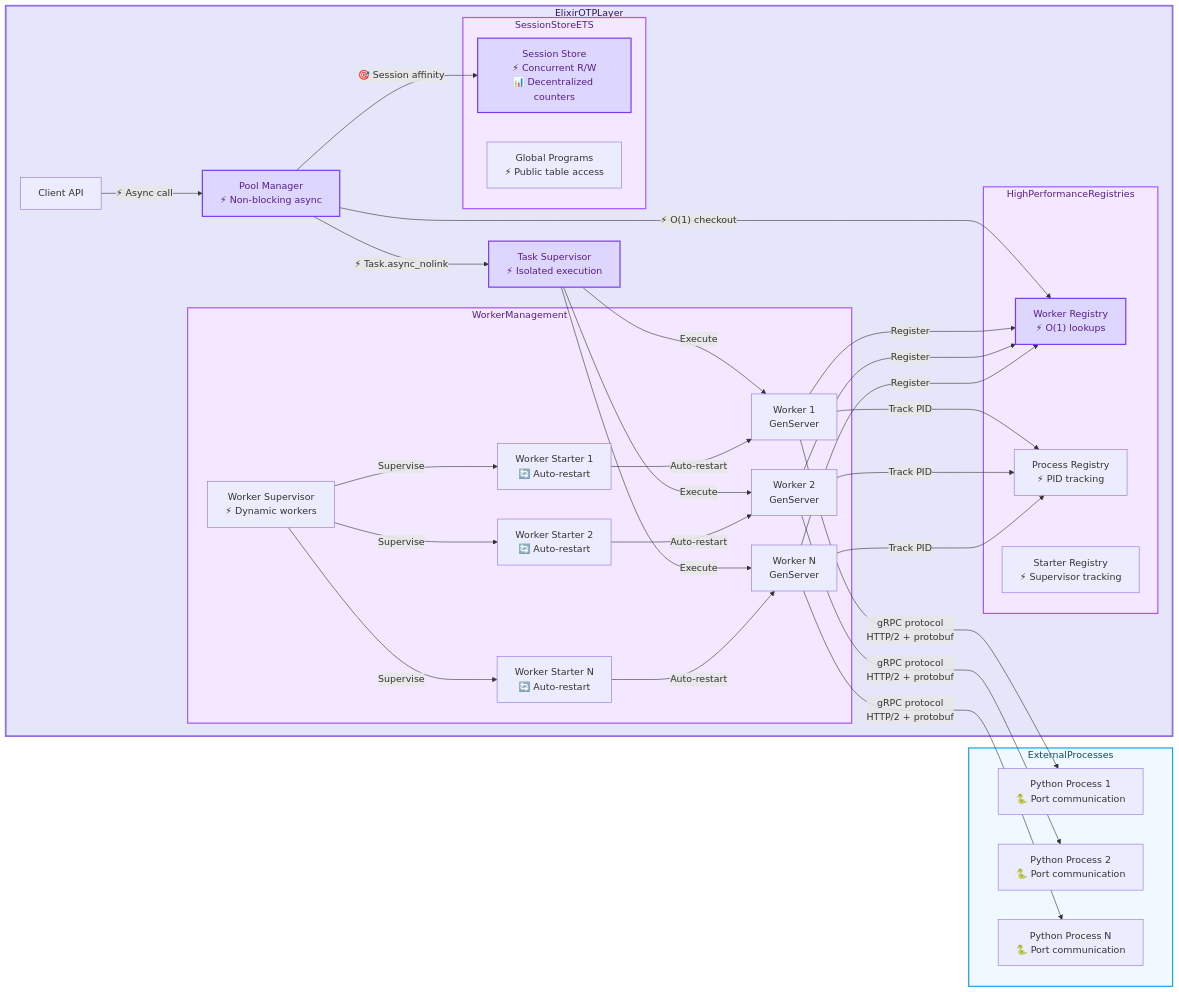
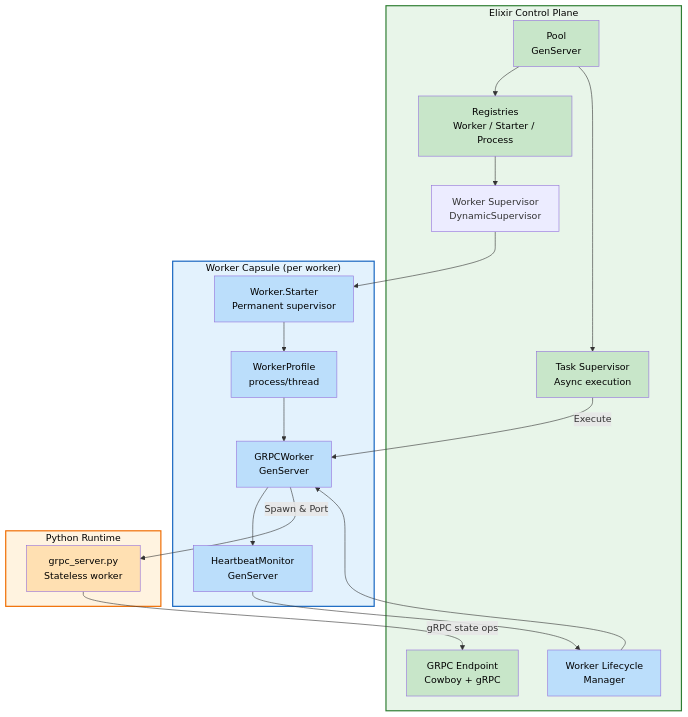
The first of 3 diagrams in DIAGS.md (nshkrdotcom/snakepit), drawn with Mermaid before and after one commit. The commit also changed other lines of this file and 56 other files, not shown here.

````diff
--- a/DIAGS.md
+++ b/DIAGS.md
@@ -17,78 +17,49 @@
 ```mermaid
-graph LR
-    ElixirOTPLayer["Elixir OTP Layer"]
-    subgraph ElixirOTPLayer
-        Client["Client API"]
-        Pool["Pool Manager<br/>⚡ Non-blocking async"]
-        TaskSup["Task Supervisor<br/>⚡ Isolated execution"]
-        
-        WorkerManagement["Worker Management"]
-        subgraph WorkerManagement
-            WorkerSup["Worker Supervisor<br/>⚡ Dynamic workers"]
-            Starter1["Worker Starter 1<br/>🔄 Auto-restart"]
-            Starter2["Worker Starter 2<br/>🔄 Auto-restart"]
-            StarterN["Worker Starter N<br/>🔄 Auto-restart"]
-            Worker1["Worker 1<br/>GenServer"]
-            Worker2["Worker 2<br/>GenServer"]
-            WorkerN["Worker N<br/>GenServer"]
-        end
-        
-        HighPerformanceRegistries["High Performance Registries"]
-        subgraph HighPerformanceRegistries
-            Registry["Worker Registry<br/>⚡ O(1) lookups"]
-            ProcReg["Process Registry<br/>⚡ PID tracking"]
-            StarterReg["Starter Registry<br/>⚡ Supervisor tracking"]
-        end
-        
-        SessionStoreETS["Session Store ETS"]
-        subgraph SessionStoreETS
-            SessionStore["Session Store<br/>⚡ Concurrent R/W<br/>📊 Decentralized counters"]
-            GlobalPrograms["Global Programs<br/>⚡ Public table access"]
-        end
+graph TD
+    subgraph ControlPlane["Elixir Control Plane"]
+        Pool["Pool<br>GenServer"]
+        TaskSup["Task Supervisor<br>Async execution"]
+        Registries["Registries<br>Worker / Starter / Process"]
+        Lifecycle["Worker Lifecycle<br>Manager"]
+        GRPCServer["GRPC Endpoint<br>Cowboy + gRPC"]
+        WorkerSup["Worker Supervisor<br>DynamicSupervisor"]
     end
-    
-    ExternalProcesses["External Processes"]
-    subgraph ExternalProcesses
-        Python1["Python Process 1<br/>🐍 Port communication"]
-        Python2["Python Process 2<br/>🐍 Port communication"]
-        PythonN["Python Process N<br/>🐍 Port communication"]
+
+    subgraph WorkerCapsule["Worker Capsule (per worker)"]
+        Starter["Worker.Starter<br>Permanent supervisor"]
+        Profile["WorkerProfile<br>process/thread"]
+        Worker["GRPCWorker<br>GenServer"]
+        Heartbeat["HeartbeatMonitor<br>GenServer"]
     end
-    
-    Client -->|"⚡ Async call"| Pool
-    Pool -->|"⚡ O(1) checkout"| Registry
-    Pool -->|"🎯 Session affinity"| SessionStore
-    Pool -->|"⚡ Task.async_nolink"| TaskSup
-    TaskSup -->|Execute| Worker1
-    TaskSup -->|Execute| Worker2
-    TaskSup -->|Execute| WorkerN
-    
-    WorkerSup -->|Supervise| Starter1
-    WorkerSup -->|Supervise| Starter2
-    WorkerSup -->|Supervise| StarterN
-    
-    Starter1 -->|Auto-restart| Worker1
-    Starter2 -->|Auto-restart| Worker2
-    StarterN -->|Auto-restart| WorkerN
-    
-    Worker1 -->|gRPC protocol<br/>HTTP/2 + protobuf| Python1
-    Worker2 -->|gRPC protocol<br/>HTTP/2 + protobuf| Python2
-    WorkerN -->|gRPC protocol<br/>HTTP/2 + protobuf| PythonN
-    
-    Worker1 -->|Register| Registry
-    Worker2 -->|Register| Registry
-    WorkerN -->|Register| Registry
-    
-    Worker1 -->|Track PID| ProcReg
-    Worker2 -->|Track PID| ProcReg
-    WorkerN -->|Track PID| ProcReg
-    
-    style ElixirOTPLayer fill:#e6e6fa,stroke:#9370db,stroke-width:3px,color:#2e1065
-    style WorkerManagement fill:#f3e8ff,stroke:#a855f7,stroke-width:2px,color:#581c87
-    style HighPerformanceRegistries fill:#f3e8ff,stroke:#a855f7,stroke-width:2px,color:#581c87
-    style SessionStoreETS fill:#f3e8ff,stroke:#a855f7,stroke-width:2px,color:#581c87
-    style ExternalProcesses fill:#f0f9ff,stroke:#0ea5e9,stroke-width:2px,color:#0c4a6e
-    style Pool fill:#ddd6fe,stroke:#7c3aed,stroke-width:2px,color:#581c87
-    style SessionStore fill:#ddd6fe,stroke:#7c3aed,stroke-width:2px,color:#581c87
-    style Registry fill:#ddd6fe,stroke:#7c3aed,stroke-width:2px,color:#581c87
-    style TaskSup fill:#ddd6fe,stroke:#7c3aed,stroke-width:2px,color:#581c87
+
+    subgraph External["Python Runtime"]
+        PythonProc["grpc_server.py<br>Stateless worker"]
+    end
+
+    Pool --> Registries
+    Pool --> TaskSup
+    WorkerSup --> Starter
+    Starter --> Profile
+    Profile --> Worker
+    Worker --> Heartbeat
+    Worker -->|Spawn & Port| PythonProc
+    PythonProc -->|gRPC state ops| GRPCServer
+    TaskSup -->|Execute| Worker
+    Lifecycle --> Worker
+    Heartbeat --> Lifecycle
+    Registries --> WorkerSup
+
+    style ControlPlane fill:#e8f5e9,stroke:#2e7d32,stroke-width:2px,color:#000
+    style WorkerCapsule fill:#e3f2fd,stroke:#1565c0,stroke-width:2px,color:#000
+    style External fill:#fff3e0,stroke:#ef6c00,stroke-width:2px,color:#000
+    style Pool fill:#c8e6c9,color:#000
+    style TaskSup fill:#c8e6c9,color:#000
+    style Registries fill:#c8e6c9,color:#000
+    style Lifecycle fill:#bbdefb,color:#000
+    style Starter fill:#bbdefb,color:#000
+    style Profile fill:#bbdefb,color:#000
+    style Worker fill:#bbdefb,color:#000
+    style Heartbeat fill:#bbdefb,color:#000
+    style PythonProc fill:#ffe0b2,color:#000
+    style GRPCServer fill:#c8e6c9,color:#000
 ```
````
